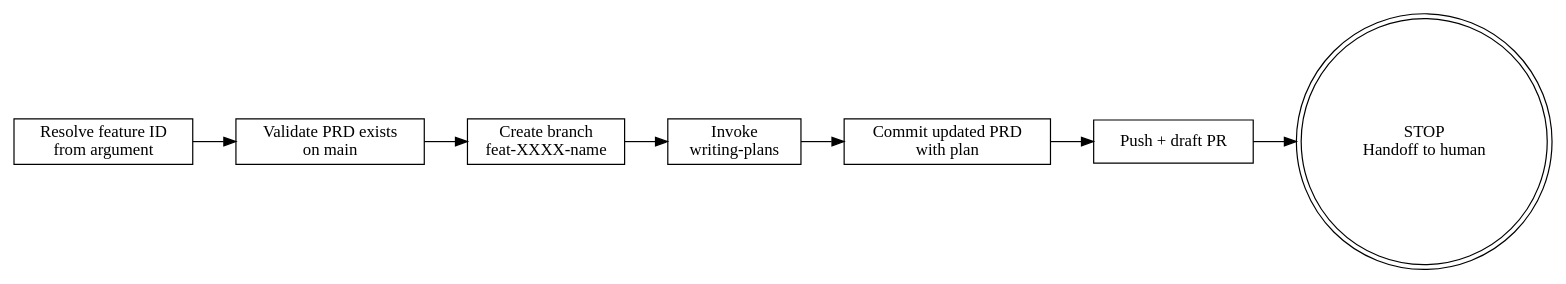
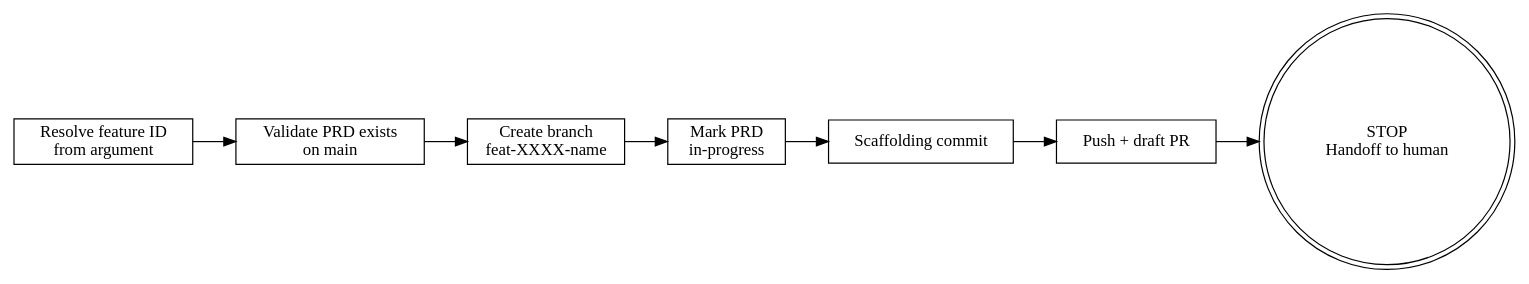
The diagram in .claude/skills/start-feature/SKILL.md (opax-sh/opax), drawn with Graphviz before and after one commit. The commit also changed other lines of this file and 5 other files, not shown here.

````diff
--- a/.claude/skills/start-feature/SKILL.md
+++ b/.claude/skills/start-feature/SKILL.md
@@ -20,16 +20,16 @@
 ```dot
 digraph start_feature {
     rankdir=LR;
     node [shape=box];
 
     resolve [label="Resolve feature ID\nfrom argument"];
     validate [label="Validate PRD exists\non main"];
     branch [label="Create branch\nfeat-XXXX-name"];
-    plan [label="Invoke\nwriting-plans"];
-    commit [label="Commit updated PRD\nwith plan"];
+    prd [label="Mark PRD\nin-progress"];
+    commit [label="Scaffolding commit"];
     push [label="Push + draft PR"];
     stop [label="STOP\nHandoff to human" shape=doublecircle];
 
-    resolve -> validate -> branch -> plan -> commit -> push -> stop;
+    resolve -> validate -> branch -> prd -> commit -> push -> stop;
 }
 ```
````
